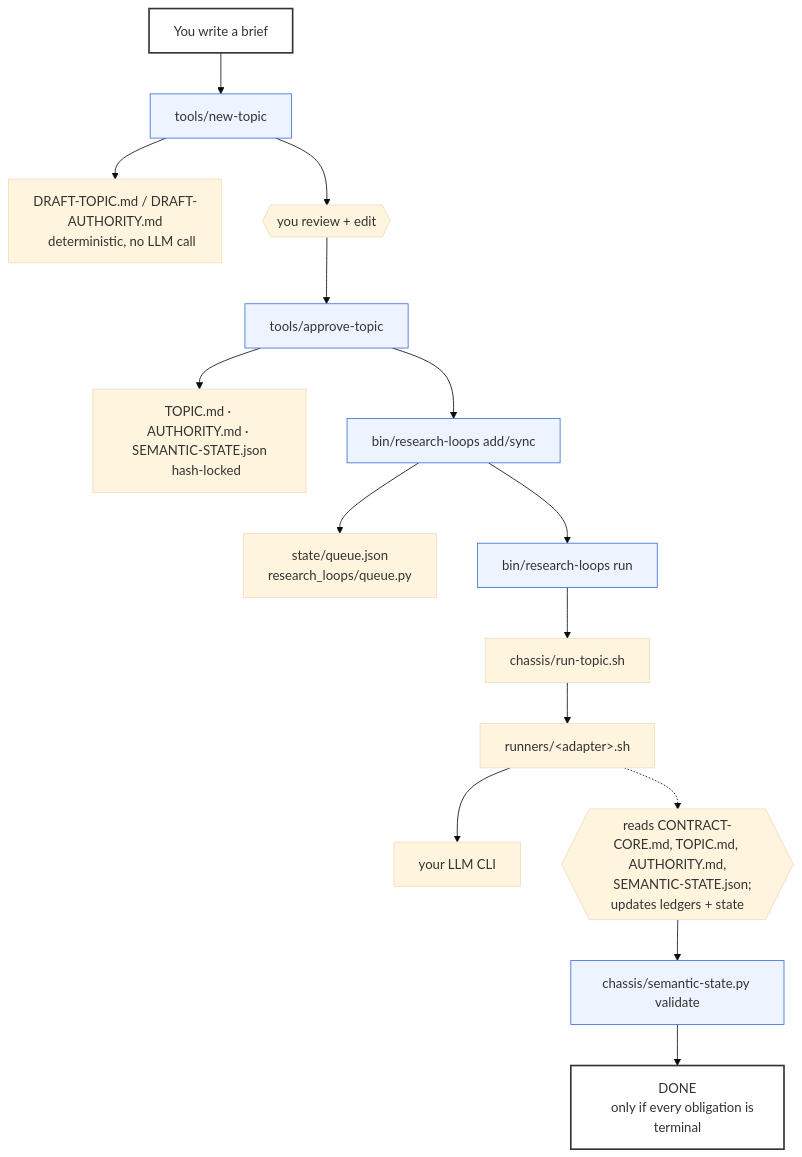
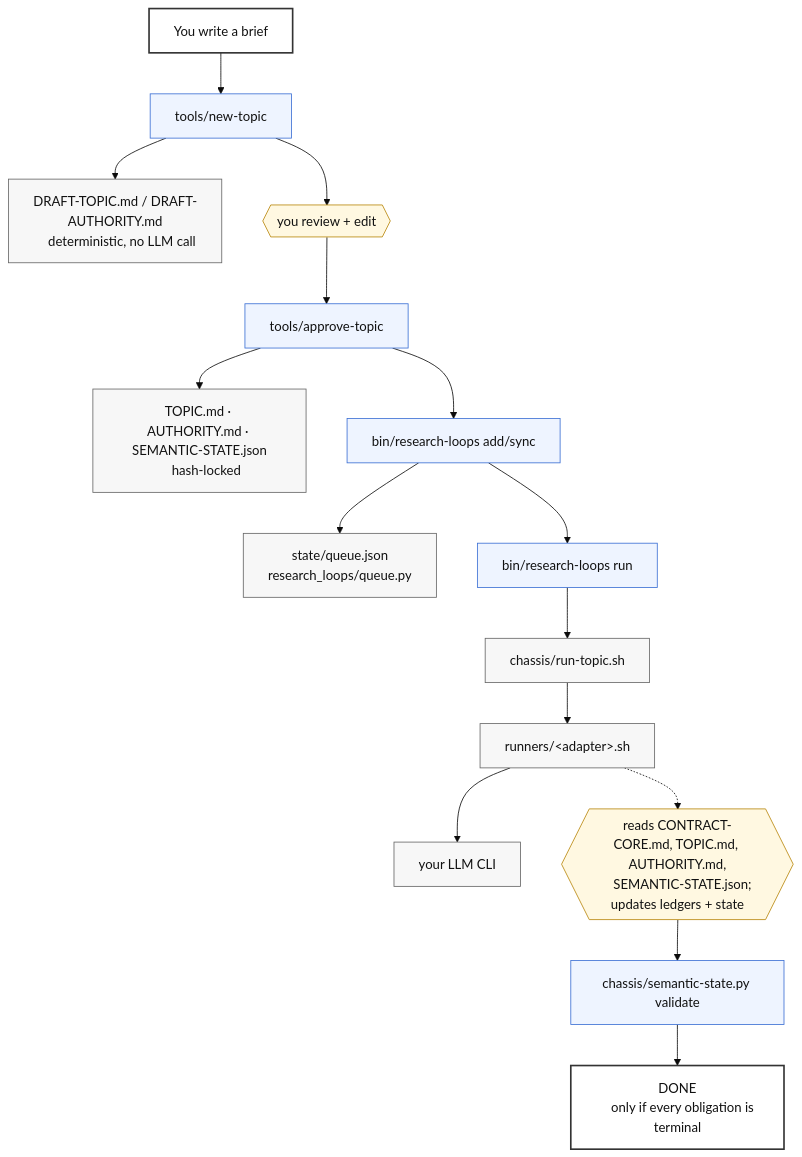
One commit to trevorbyrum/autonomous-research-loops changed the diagram in README.md. Above: the diagram before and after it, drawn with Mermaid (base theme).

Commit message:
Fix unreadable diagram text in GitHub dark mode
Explicit style overrides set fill but not color, so text followed GitHub's
theme-driven default (light in dark mode) against an explicitly light box.
Force dark text on every styled node so it stays legible in both themes.

````diff
--- a/README.md
+++ b/README.md
@@ -59,30 +59,38 @@
 ```mermaid
 flowchart TD
     A["You write a brief"] --> B["tools/new-topic"]
     B --> C["DRAFT-TOPIC.md / DRAFT-AUTHORITY.md
     deterministic, no LLM call"]
     B --> D{{"you review + edit"}}
     D --> E["tools/approve-topic"]
     E --> F["TOPIC.md · AUTHORITY.md · SEMANTIC-STATE.json
     hash-locked"]
     E --> G["bin/research-loops add/sync"]
     G --> H["state/queue.json
     research_loops/queue.py"]
     G --> I["bin/research-loops run"]
     I --> J["chassis/run-topic.sh"]
     J --> K["runners/&lt;adapter&gt;.sh"]
     K --> L["your LLM CLI"]
     K -.-> M{{"reads CONTRACT-CORE.md, TOPIC.md, AUTHORITY.md,
     SEMANTIC-STATE.json; updates ledgers + state"}}
     M --> N["chassis/semantic-state.py validate"]
     N --> O["DONE
     only if every obligation is terminal"]
 
-    style A fill:#fff,stroke:#333,stroke-width:2px
-    style O fill:#fff,stroke:#333,stroke-width:2px
-    style B fill:#eef4ff,stroke:#3b6fd4
-    style E fill:#eef4ff,stroke:#3b6fd4
-    style G fill:#eef4ff,stroke:#3b6fd4
-    style I fill:#eef4ff,stroke:#3b6fd4
-    style N fill:#eef4ff,stroke:#3b6fd4
+    style A fill:#fff,stroke:#333,stroke-width:2px,color:#111
+    style O fill:#fff,stroke:#333,stroke-width:2px,color:#111
+    style B fill:#eef4ff,stroke:#3b6fd4,color:#111
+    style C fill:#f7f7f7,stroke:#666,color:#111
+    style D fill:#fff8e1,stroke:#b8860b,color:#111
+    style E fill:#eef4ff,stroke:#3b6fd4,color:#111
+    style F fill:#f7f7f7,stroke:#666,color:#111
+    style G fill:#eef4ff,stroke:#3b6fd4,color:#111
+    style H fill:#f7f7f7,stroke:#666,color:#111
+    style I fill:#eef4ff,stroke:#3b6fd4,color:#111
+    style J fill:#f7f7f7,stroke:#666,color:#111
+    style K fill:#f7f7f7,stroke:#666,color:#111
+    style L fill:#f7f7f7,stroke:#666,color:#111
+    style M fill:#fff8e1,stroke:#b8860b,color:#111
+    style N fill:#eef4ff,stroke:#3b6fd4,color:#111
 ```
````
